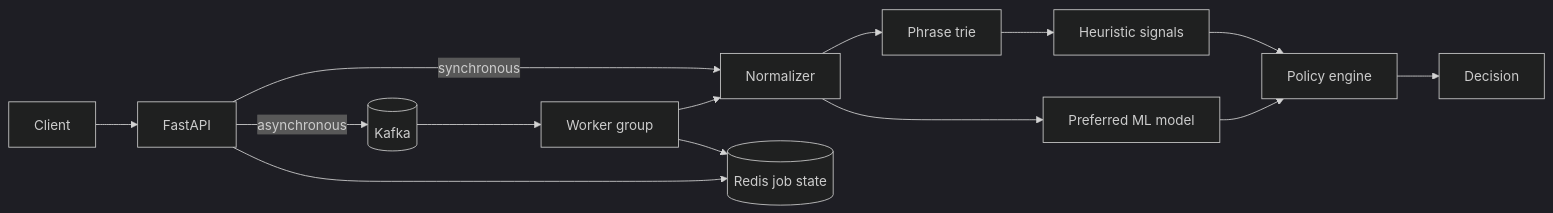
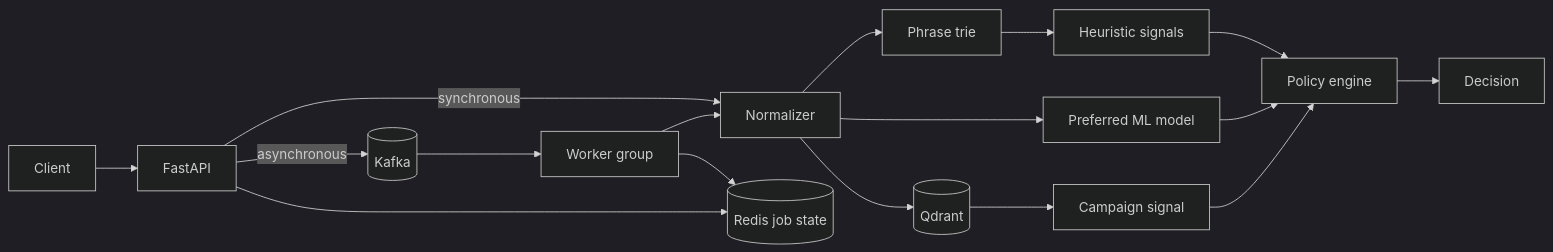
The diagram in docs/architecture.md (triablefungi/sentinel-content-safety-platform), drawn with Mermaid (dark theme) before and after one commit. The commit also changed other lines of this file and 20 other files, not shown here.

````diff
--- a/docs/architecture.md
+++ b/docs/architecture.md
@@ -10,16 +10,19 @@
 ```mermaid
 flowchart LR
     A[Client] --> B[FastAPI]
     B -->|synchronous| C[Normalizer]
     C --> D[Phrase trie]
     D --> E[Heuristic signals]
     C --> F[Preferred ML model]
+    C --> Q[(Qdrant)]
+    Q --> T[Campaign signal]
     E --> G[Policy engine]
     F --> G
+    T --> G
     G --> H[Decision]
     B -->|asynchronous| K[(Kafka)]
     K --> W[Worker group]
     W --> C
     B --> R[(Redis job state)]
     W --> R
 ```
````
